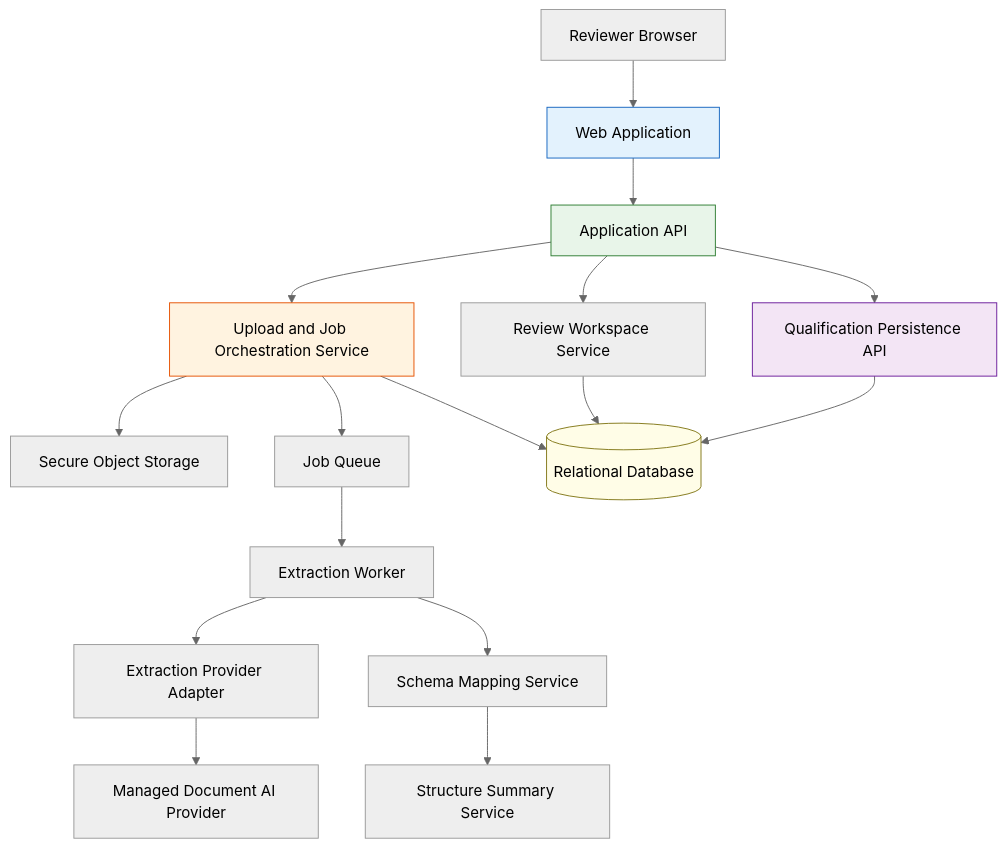
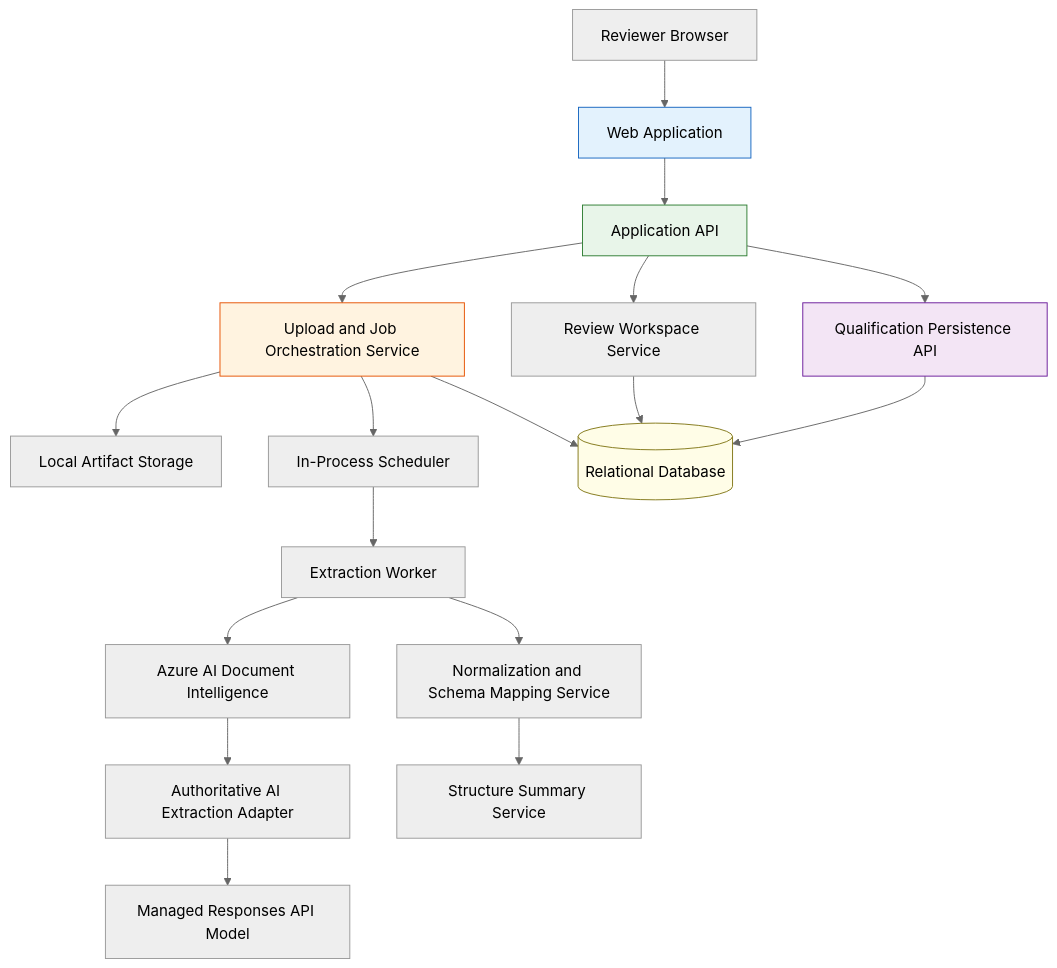
Before and after one commit to ranjivs64/QualsDemo: the first of 6 diagrams in docs/artifacts/specs/SPEC-1.md, drawn with Mermaid (neutral theme). The commit also changed other lines of this file and 13 other files, not shown here.

Commit message:
feat: refresh pearson review UI and architecture docs

````diff
--- a/docs/artifacts/specs/SPEC-1.md
+++ b/docs/artifacts/specs/SPEC-1.md
@@ -97,27 +97,28 @@
 ```mermaid
 flowchart TD
  U["Reviewer Browser"] --> W["Web Application"]
  W --> G["Application API"]
 
  G --> O["Upload and Job Orchestration Service"]
  G --> R["Review Workspace Service"]
  G --> P["Qualification Persistence API"]
 
- O --> S["Secure Object Storage"]
- O --> Q["Job Queue"]
+ O --> S["Local Artifact Storage"]
+ O --> Q["In-Process Scheduler"]
  Q --> E["Extraction Worker"]
- E --> A["Extraction Provider Adapter"]
- A --> X["Managed Document AI Provider"]
- E --> M["Schema Mapping Service"]
+ E --> DI["Azure AI Document Intelligence"]
+ DI --> A["Authoritative AI Extraction Adapter"]
+ A --> X["Managed Responses API Model"]
+ E --> M["Normalization and Schema Mapping Service"]
  M --> V["Structure Summary Service"]
 
  R --> D[("Relational Database")]
  P --> D
  O --> D
 
  style W fill:#E3F2FD,stroke:#1565C0
  style G fill:#E8F5E9,stroke:#2E7D32
  style O fill:#FFF3E0,stroke:#E65100
  style P fill:#F3E5F5,stroke:#6A1B9A
  style D fill:#FFFDE7,stroke:#827717
 ```
````
